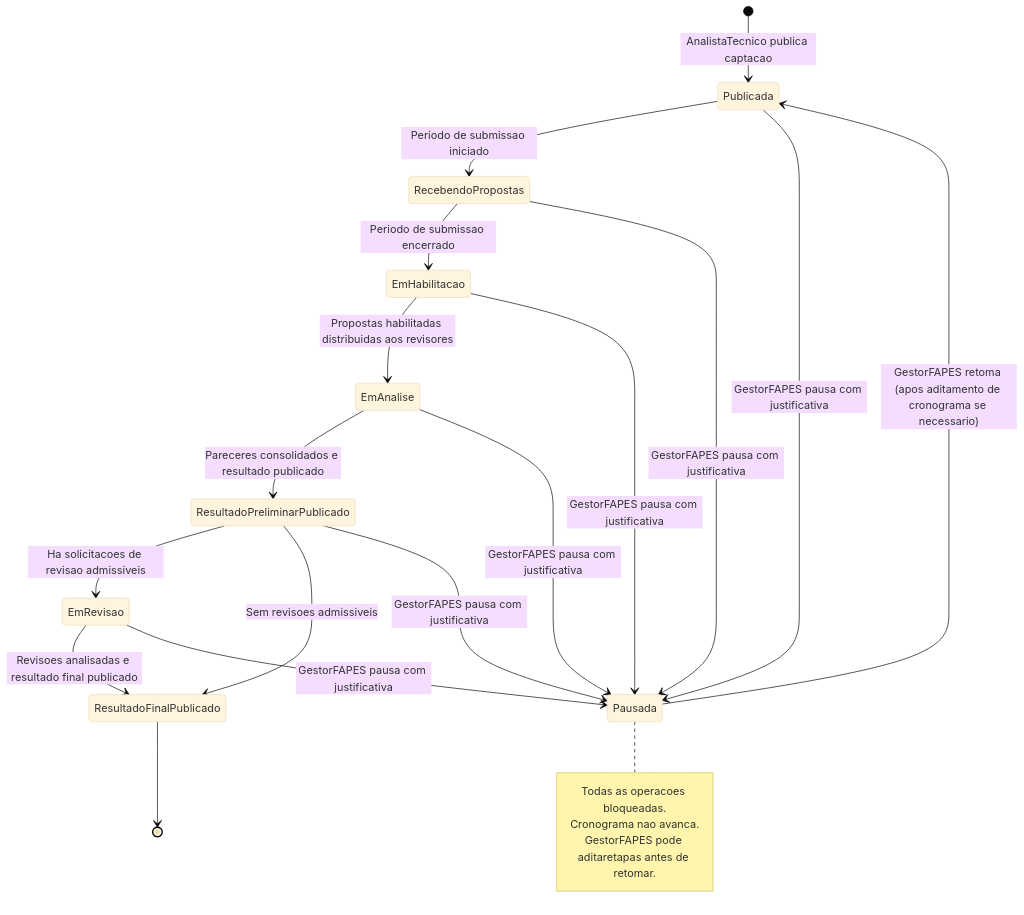
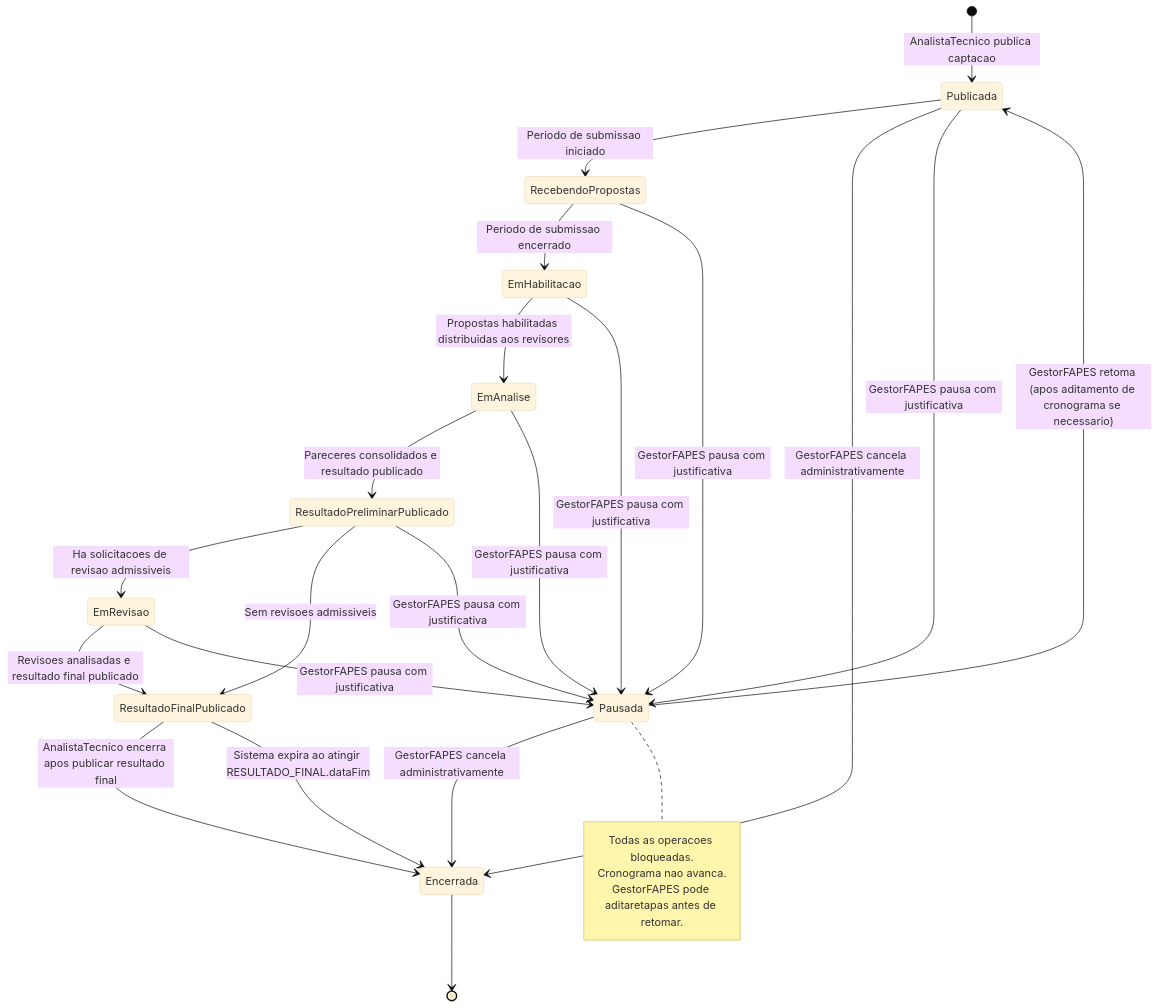
The fifth of 5 diagrams in docs/implementation/modules/M011-configuracao-captacao/process-selecao-projetos.md (Czzped/conecta-fapes-teste), drawn with Mermaid (base theme) before and after one commit. The commit also changed other lines of this file and 2 other files, not shown here.

````diff
--- a/docs/implementation/modules/M011-configuracao-captacao/process-selecao-projetos.md
+++ b/docs/implementation/modules/M011-configuracao-captacao/process-selecao-projetos.md
@@ -206,26 +207,30 @@
 ```mermaid
 stateDiagram-v2
     [*] --> Publicada : AnalistaTecnico publica captacao
     Publicada --> RecebendoPropostas : Periodo de submissao iniciado
     RecebendoPropostas --> EmHabilitacao : Periodo de submissao encerrado
     EmHabilitacao --> EmAnalise : Propostas habilitadas distribuidas aos revisores
     EmAnalise --> ResultadoPreliminarPublicado : Pareceres consolidados e resultado publicado
     ResultadoPreliminarPublicado --> EmRevisao : Ha solicitacoes de revisao admissiveis
     ResultadoPreliminarPublicado --> ResultadoFinalPublicado : Sem revisoes admissiveis
     EmRevisao --> ResultadoFinalPublicado : Revisoes analisadas e resultado final publicado
-    ResultadoFinalPublicado --> [*]
+    ResultadoFinalPublicado --> Encerrada : AnalistaTecnico encerra apos publicar resultado final
+    ResultadoFinalPublicado --> Encerrada : Sistema expira ao atingir RESULTADO_FINAL.dataFim
+    Publicada --> Encerrada : GestorFAPES cancela administrativamente
+    Pausada --> Encerrada : GestorFAPES cancela administrativamente
+    Encerrada --> [*]
 
     Publicada --> Pausada : GestorFAPES pausa com justificativa
     RecebendoPropostas --> Pausada : GestorFAPES pausa com justificativa
     EmHabilitacao --> Pausada : GestorFAPES pausa com justificativa
     EmAnalise --> Pausada : GestorFAPES pausa com justificativa
     ResultadoPreliminarPublicado --> Pausada : GestorFAPES pausa com justificativa
     EmRevisao --> Pausada : GestorFAPES pausa com justificativa
     Pausada --> Publicada : GestorFAPES retoma (apos aditamento de cronograma se necessario)
 
     note right of Pausada
         Todas as operacoes bloqueadas.
         Cronograma nao avanca.
         GestorFAPES pode aditaretapas antes de retomar.
     end note
 ```
````
